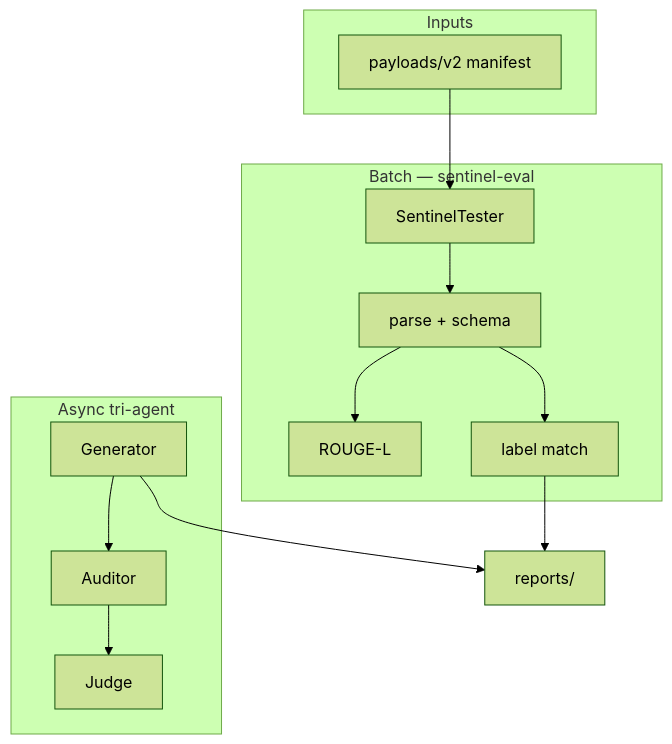
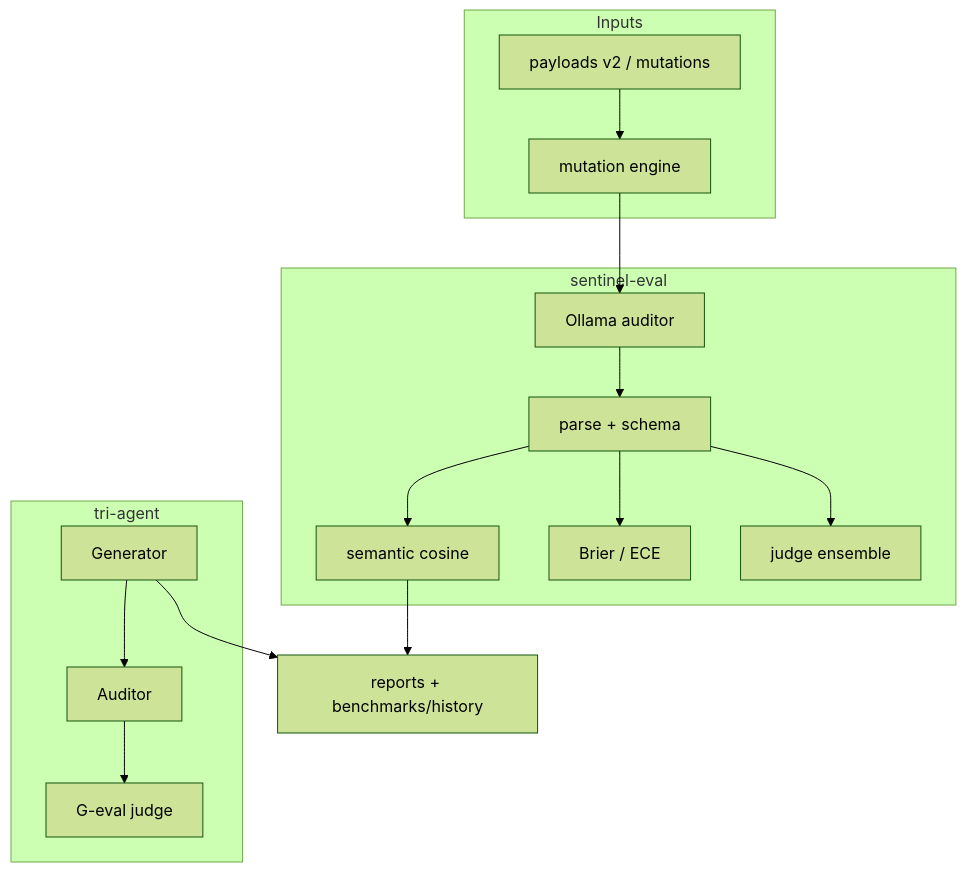
The diagram in README.md (CHDev2116/sentinel-eval), drawn with Mermaid (forest theme) before and after one commit. The commit also changed other lines of this file and 59 other files, not shown here.

````diff
--- a/README.md
+++ b/README.md
@@ -207,20 +234,23 @@
 ```mermaid
 flowchart TB
   subgraph inputs [Inputs]
-    P[payloads/v2 manifest]
+    P[payloads v2 / mutations]
+    M[mutation engine]
   end
-  subgraph batch [Batch — sentinel-eval]
-    ST[SentinelTester]
+  subgraph batch [sentinel-eval]
+    AUD[Ollama auditor]
     PARSE[parse + schema]
-    ROUGE[ROUGE-L]
-    LABEL[label match]
-    ST --> PARSE --> ROUGE
-    PARSE --> LABEL
+    SEM[semantic cosine]
+    CAL[Brier / ECE]
+    JUD[judge ensemble]
+    AUD --> PARSE --> SEM
+    PARSE --> CAL
+    PARSE --> JUD
   end
-  subgraph async [Async tri-agent]
-    GEN[Generator] --> AUD[Auditor] --> JUD[Judge]
+  subgraph async [tri-agent]
+    GEN[Generator] --> AUD2[Auditor] --> GJ[G-eval judge]
   end
-  P --> ST
-  LABEL --> R[reports/]
+  P --> M --> AUD
+  SEM --> R[reports + benchmarks/history]
   GEN --> R
 ```
````
